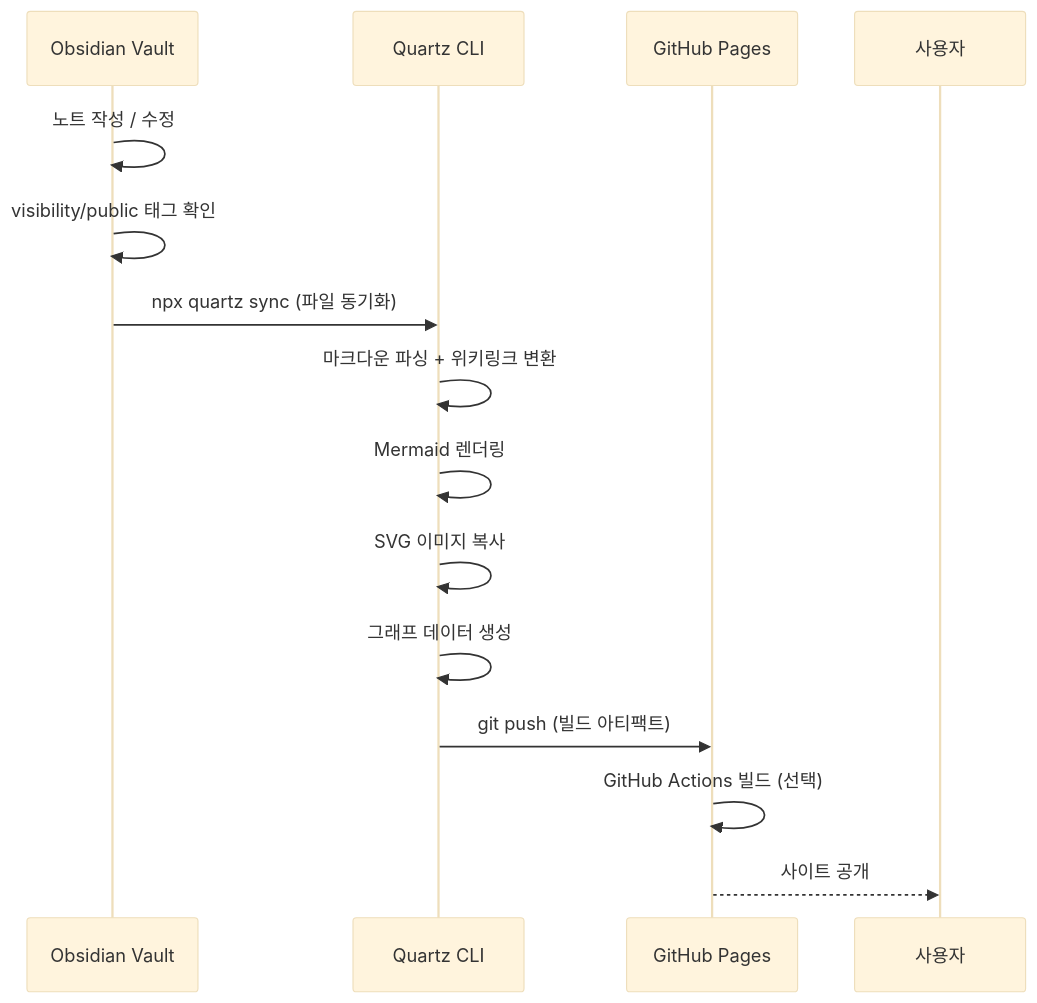
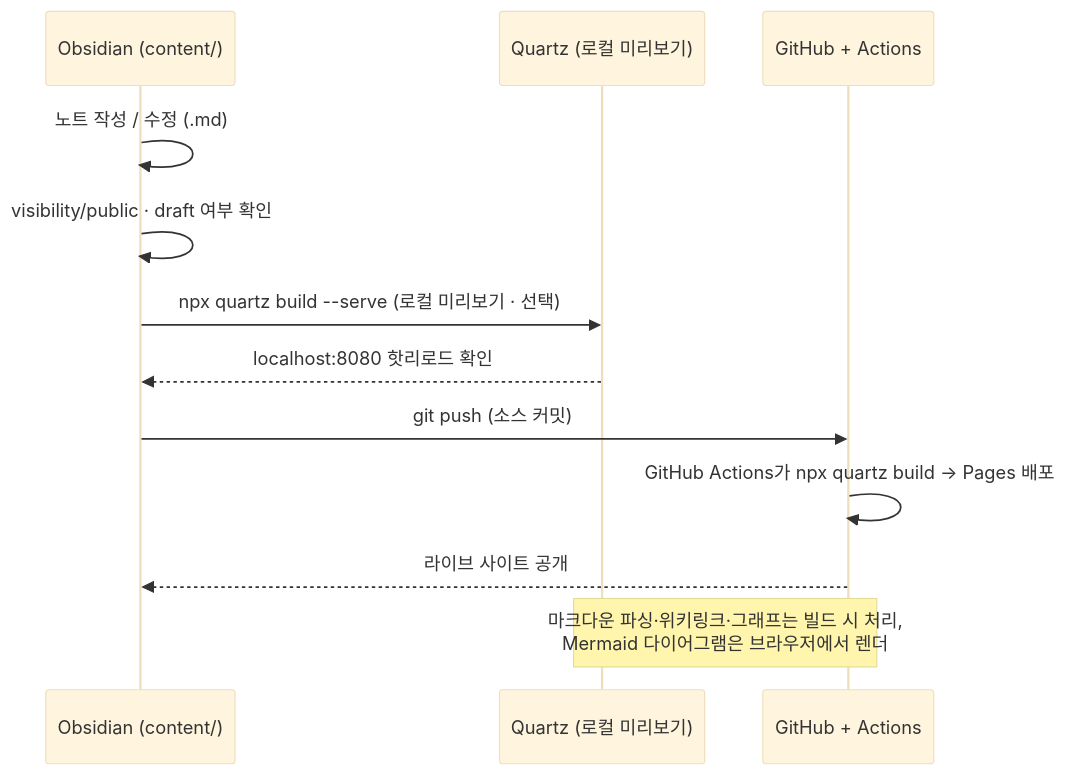
One commit to Capernaum-user/geunseong-ai-hub changed the diagram in content/obsidian/mywiki-to-quartz-pipeline.md. Above: the diagram before and after it, drawn with Mermaid (base theme). The commit also changed other lines of this file and 1 other file, not shown here.

Commit message:
fix(docs): MyWiki->Quartz 파이프라인 다이어그램 정정 + 발행게이트 줄바꿈
- pipeline sequenceDiagram: 존재하지 않는 'quartz sync' 제거, GitHub Actions 자동배포로 정정, 가짜 SVG 복사 단계 삭제, push=소스 커밋 명확화

- obsidian/index 발행게이트 mermaid 라벨: \n -> <br/>

````diff
--- a/content/obsidian/mywiki-to-quartz-pipeline.md
+++ b/content/obsidian/mywiki-to-quartz-pipeline.md
@@ -35,17 +35,15 @@
 ```mermaid
 sequenceDiagram
-    participant OB as Obsidian Vault
-    participant QZ as Quartz CLI
-    participant GH as GitHub Pages
+    participant OB as Obsidian (content/)
+    participant QZ as Quartz (로컬 미리보기)
+    participant GH as GitHub + Actions
 
-    OB->>OB: 노트 작성 / 수정
-    OB->>OB: visibility/public 태그 확인
-    OB->>QZ: npx quartz sync (파일 동기화)
-    QZ->>QZ: 마크다운 파싱 + 위키링크 변환
-    QZ->>QZ: Mermaid 렌더링
-    QZ->>QZ: SVG 이미지 복사
-    QZ->>QZ: 그래프 데이터 생성
-    QZ->>GH: git push (빌드 아티팩트)
-    GH->>GH: GitHub Actions 빌드 (선택)
-    GH-->>사용자: 사이트 공개
+    OB->>OB: 노트 작성 / 수정 (.md)
+    OB->>OB: visibility/public · draft 여부 확인
+    OB->>QZ: npx quartz build --serve (로컬 미리보기 · 선택)
+    QZ-->>OB: localhost:8080 핫리로드 확인
+    OB->>GH: git push (소스 커밋)
+    GH->>GH: GitHub Actions가 npx quartz build → Pages 배포
+    GH-->>OB: 라이브 사이트 공개
+    Note over QZ,GH: 마크다운 파싱·위키링크·그래프는 빌드 시 처리,<br/>Mermaid 다이어그램은 브라우저에서 렌더
 ```
````
